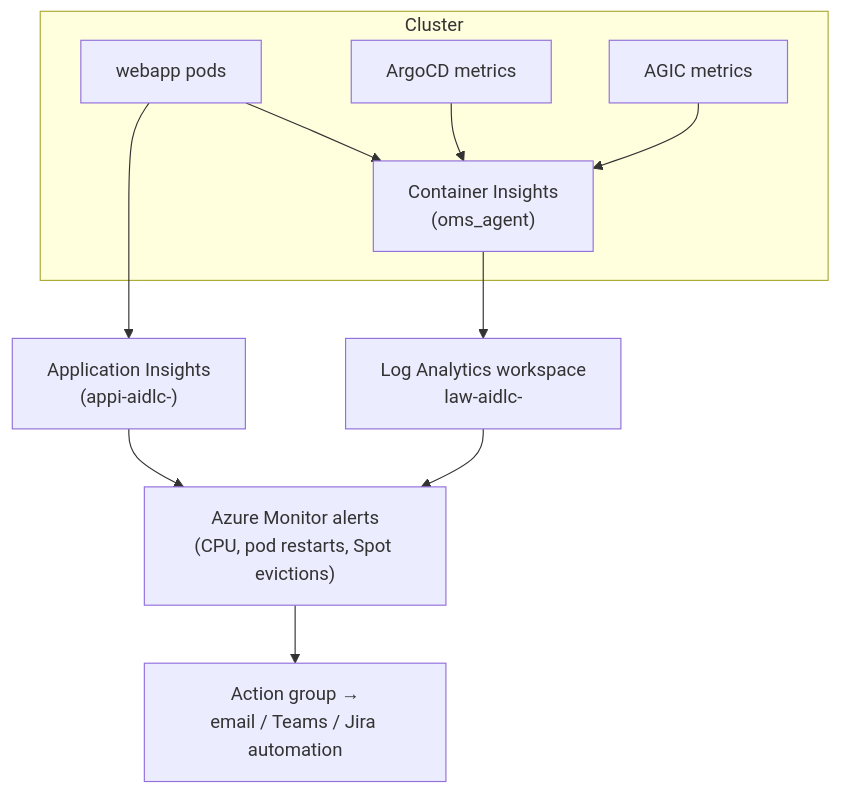
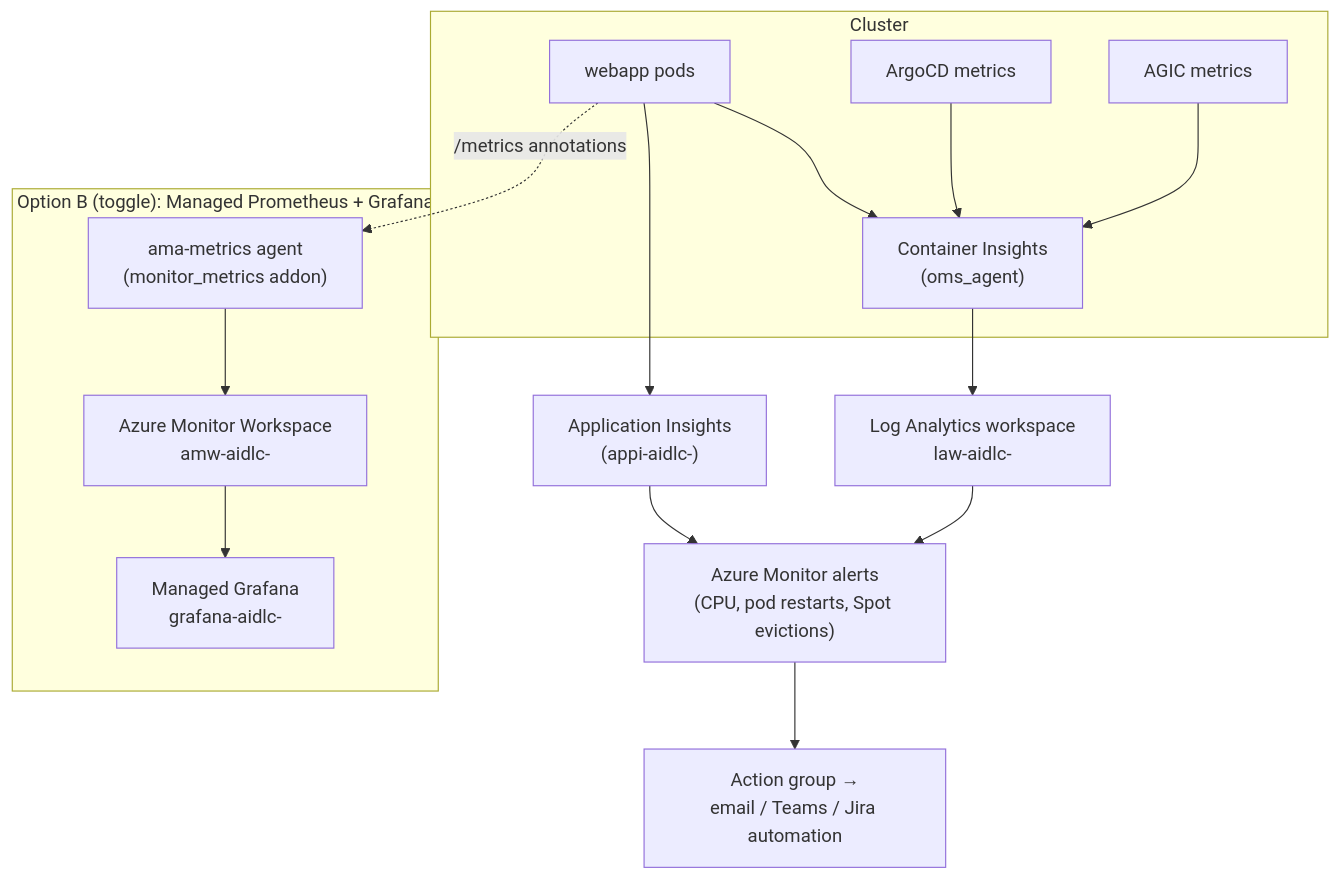
Before and after one commit to esarath/AI_DLC-framework: the fourth of 4 diagrams in docs/02-hld.md, drawn with Mermaid. The commit also changed other lines of this file and 18 other files, not shown here.

First line of the commit message:
Add optional Azure Managed Prometheus + Grafana monitoring stack

````diff
--- a/docs/02-hld.md
+++ b/docs/02-hld.md
@@ -113,13 +113,19 @@
 ```mermaid
 flowchart TB
     subgraph Cluster
         APP["webapp pods"] --> OMS["Container Insights<br/>(oms_agent)"]
         ARGO["ArgoCD metrics"] --> OMS
         AGICM["AGIC metrics"] --> OMS
     end
     OMS --> LAW["Log Analytics workspace<br/>law-aidlc-<env>"]
     APP --> APPINS["Application Insights<br/>(appi-aidlc-<env>)"]
     LAW --> ALERTS["Azure Monitor alerts<br/>(CPU, pod restarts, Spot evictions)"]
     APPINS --> ALERTS
     ALERTS --> ACT["Action group →<br/>email / Teams / Jira automation"]
+
+    subgraph OptB["Option B (toggle): Managed Prometheus + Grafana"]
+        AMA["ama-metrics agent<br/>(monitor_metrics addon)"] --> AMW["Azure Monitor Workspace<br/>amw-aidlc-<env>"]
+        APP -.->|"/metrics annotations"| AMA
+        AMW --> GRAF["Managed Grafana<br/>grafana-aidlc-<env>"]
+    end
 ```
````
